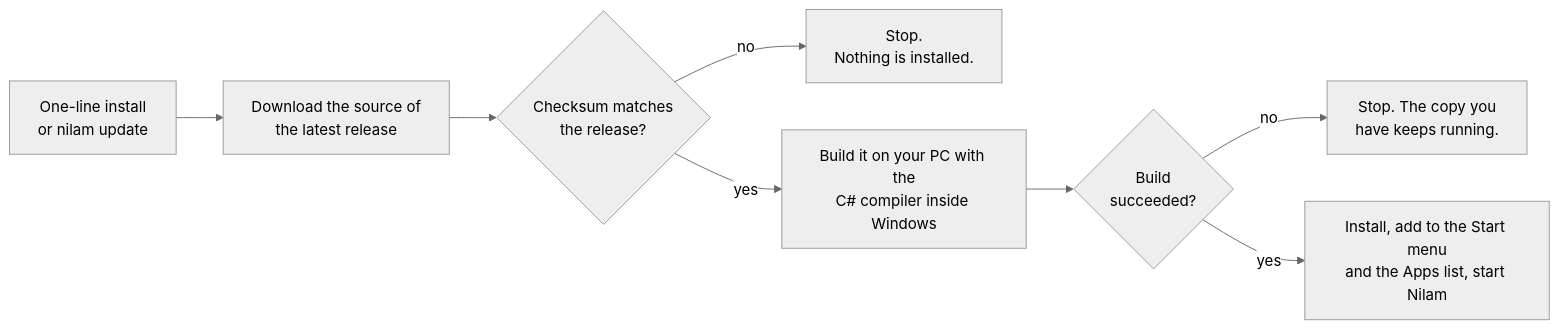
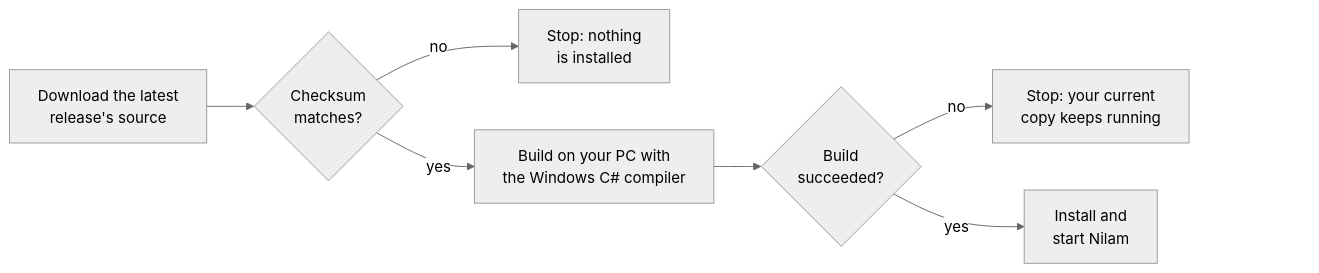
Before and after one commit to jithin-jz/nilam: the first of 2 diagrams in README.md, drawn with Mermaid (neutral theme).

Commit message:
Keep the install diagram clear of GitHub's diagram controls
GitHub overlays pan and zoom buttons on the bottom-right corner of every
Mermaid diagram, and they covered the last step of the install flow. The
flow is shortened to six steps with shorter labels, and an invisible node
after the last one leaves the corner empty for the buttons.

````diff
--- a/README.md
+++ b/README.md
@@ -66,10 +66,11 @@
 ```mermaid
 flowchart LR
-    A["One-line install<br>or nilam update"] --> B["Download the source of<br>the latest release"]
-    B --> C{"Checksum matches<br>the release?"}
-    C -- no --> X["Stop.<br>Nothing is installed."]
-    C -- yes --> D["Build it on your PC with the<br>C#35; compiler inside Windows"]
+    A["Download the latest<br>release's source"] --> C{"Checksum<br>matches?"}
+    C -- no --> X["Stop: nothing<br>is installed"]
+    C -- yes --> D["Build on your PC with<br>the Windows C#35; compiler"]
     D --> E{"Build<br>succeeded?"}
-    E -- no --> Y["Stop. The copy you<br>have keeps running."]
-    E -- yes --> F["Install, add to the Start menu<br>and the Apps list, start Nilam"]
+    E -- no --> Y["Stop: your current<br>copy keeps running"]
+    E -- yes --> F["Install and<br>start Nilam"]
+    F ~~~ P["#160;#160;#160;#160;"]
+    style P fill:none,stroke:none
 ```
````
